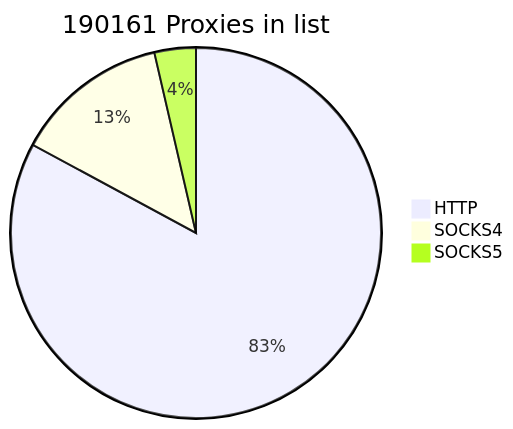
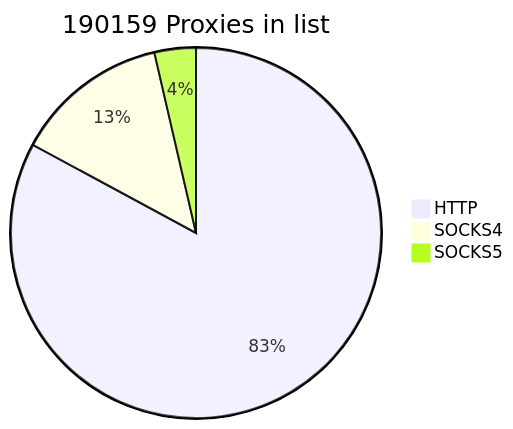
The first of 2 diagrams in README.md (cutipu/proxylist), drawn with Mermaid before and after one commit. The commit also changed other lines of this file, not shown here.

````diff
--- a/README.md
+++ b/README.md
@@ -2,7 +2,7 @@
 ```mermaid
-pie title 190161 Proxies in list
-    "HTTP" : 157621
+pie title 190159 Proxies in list
+    "HTTP" : 157620
     "SOCKS4" : 25670
-    "SOCKS5" : 6870
+    "SOCKS5" : 6869
             
 ```
````
